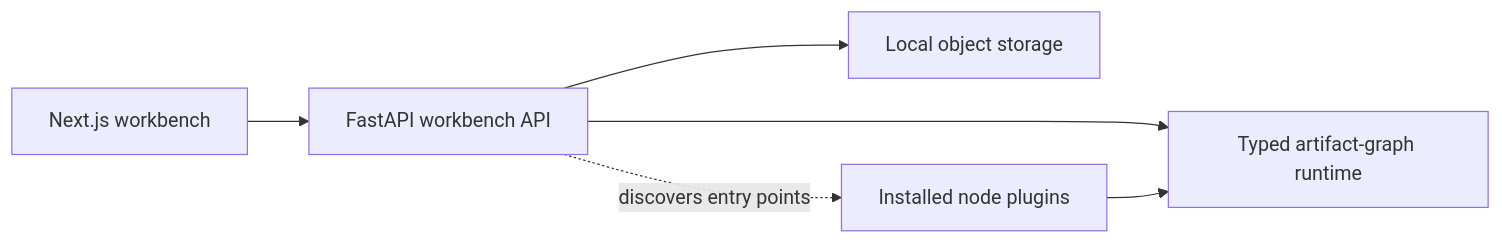
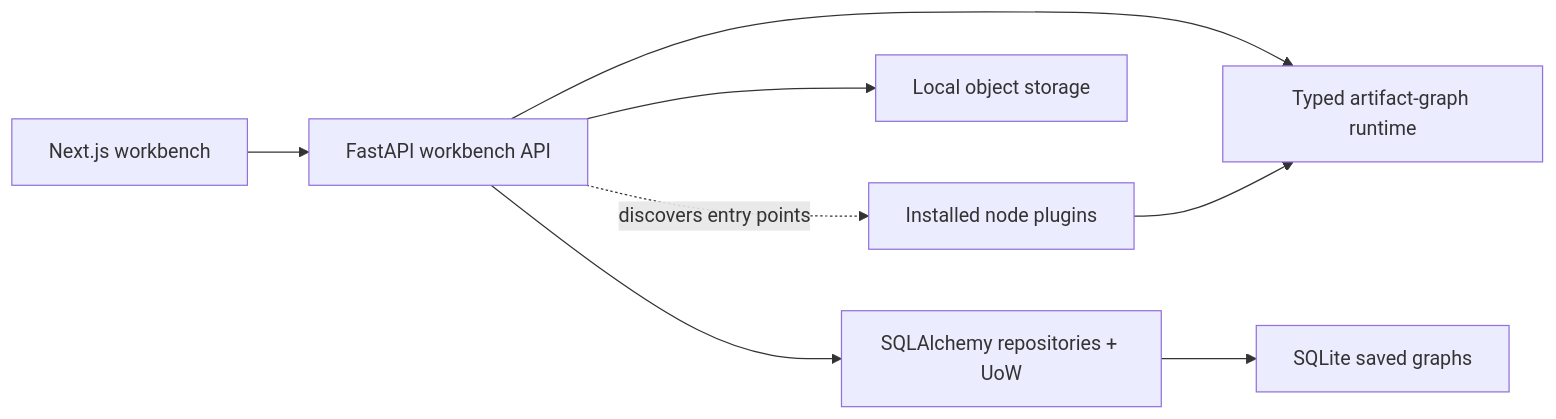
Before and after one commit to artpods56/KUL_IDUB_EcclesialSchematisms: the diagram in README.md, drawn with Mermaid. The commit also changed other lines of this file and 48 other files, not shown here.

Commit message:
feat(api): persist graphs and pin selected runs

````diff
--- a/README.md
+++ b/README.md
@@ -21,8 +21,10 @@
 ```mermaid
 flowchart LR
     Web["Next.js workbench"] --> API["FastAPI workbench API"]
     API --> Core["Typed artifact-graph runtime"]
+    API --> Persistence["SQLAlchemy repositories + UoW"]
+    Persistence --> SQLite["SQLite saved graphs"]
     API --> Storage["Local object storage"]
     API -. "discovers entry points" .-> Plugins["Installed node plugins"]
     Plugins --> Core
 ```
````
